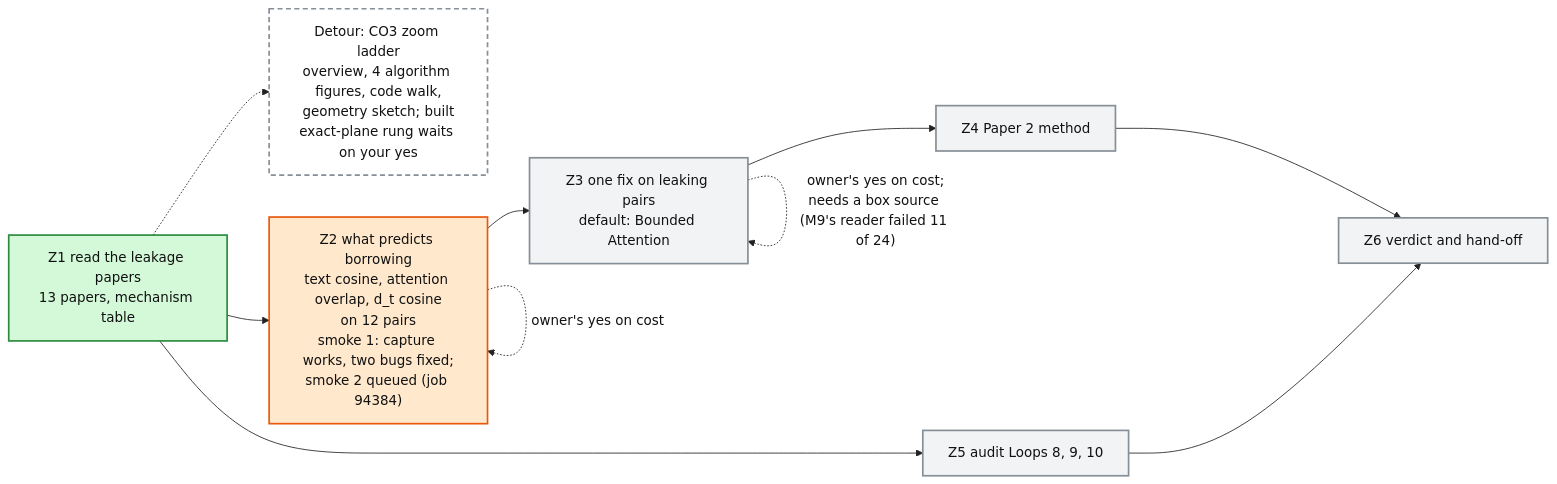
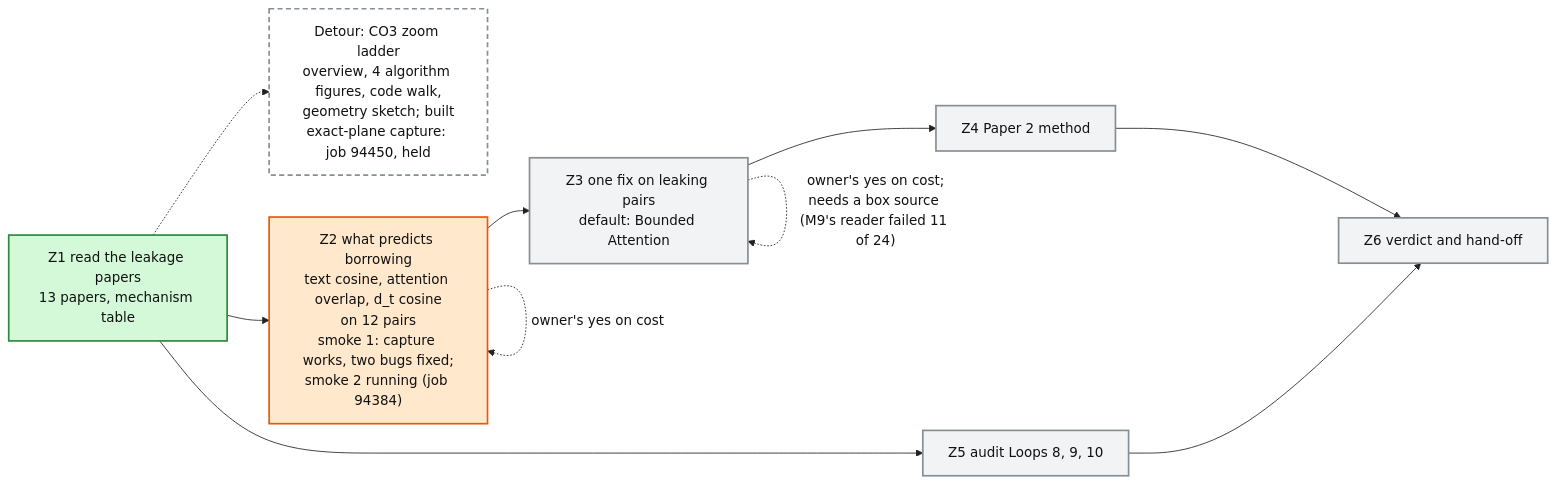
Before and after one commit to mo-rsa24/concept-composition: the diagram in artifacts/notes/progress/leakage/loop-12-progress.mmd, drawn with Mermaid. The commit also changed 1 other file, not shown here.

Commit message:
Loop 12 map: smoke 2 running, ladder capture job held

```diff
--- a/artifacts/notes/progress/leakage/loop-12-progress.mmd
+++ b/artifacts/notes/progress/leakage/loop-12-progress.mmd
@@ -1,18 +1,18 @@
 %%{init: {'theme': 'base', 'themeVariables': {'fontFamily': 'monospace', 'primaryColor': '#ffffff', 'primaryBorderColor': '#222222', 'primaryTextColor': '#111111', 'lineColor': '#222222'}}}%%
 flowchart LR
   Z1["Z1 read the leakage papers<br/>13 papers, mechanism table"]:::done
-  Z2["Z2 what predicts borrowing<br/>text cosine, attention overlap, d_t cosine<br/>on 12 pairs<br/>smoke 1: capture works, two bugs fixed;<br/>smoke 2 queued (job 94384)"]:::doing
+  Z2["Z2 what predicts borrowing<br/>text cosine, attention overlap, d_t cosine<br/>on 12 pairs<br/>smoke 1: capture works, two bugs fixed;<br/>smoke 2 running (job 94384)"]:::doing
   Z3["Z3 one fix on leaking pairs<br/>default: Bounded Attention"]:::todo
   Z4["Z4 Paper 2 method"]:::todo
   Z5["Z5 audit Loops 8, 9, 10"]:::todo
   Z6["Z6 verdict and hand-off"]:::todo
-  LAD["Detour: CO3 zoom ladder<br/>overview, 4 algorithm figures, code walk,<br/>geometry sketch; built<br/>exact-plane rung waits on your yes"]:::detour
+  LAD["Detour: CO3 zoom ladder<br/>overview, 4 algorithm figures, code walk,<br/>geometry sketch; built<br/>exact-plane capture: job 94450, held"]:::detour
   Z1 -.-> LAD
   Z1 --> Z2 --> Z3 --> Z4 --> Z6
   Z1 --> Z5 --> Z6
   Z2 -. "owner's yes on cost" .-> Z2
   Z3 -. "owner's yes on cost;<br/>needs a box source (M9's reader failed 11 of 24)" .-> Z3
   classDef done fill:#d3f9d8,stroke:#2b8a3e,stroke-width:2px
   classDef doing fill:#ffe8cc,stroke:#e8590c,stroke-width:2px
   classDef detour fill:#ffffff,stroke:#868e96,stroke-width:2px,stroke-dasharray: 6 4
   classDef todo fill:#f1f3f5,stroke:#868e96,stroke-width:2px
```
